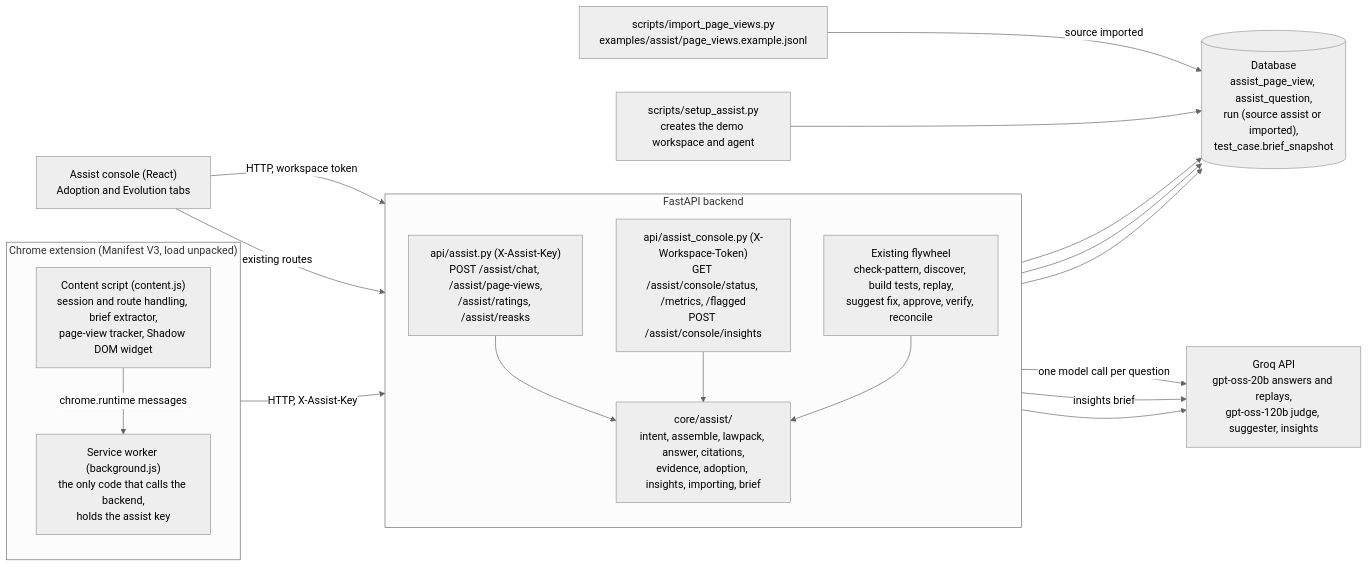
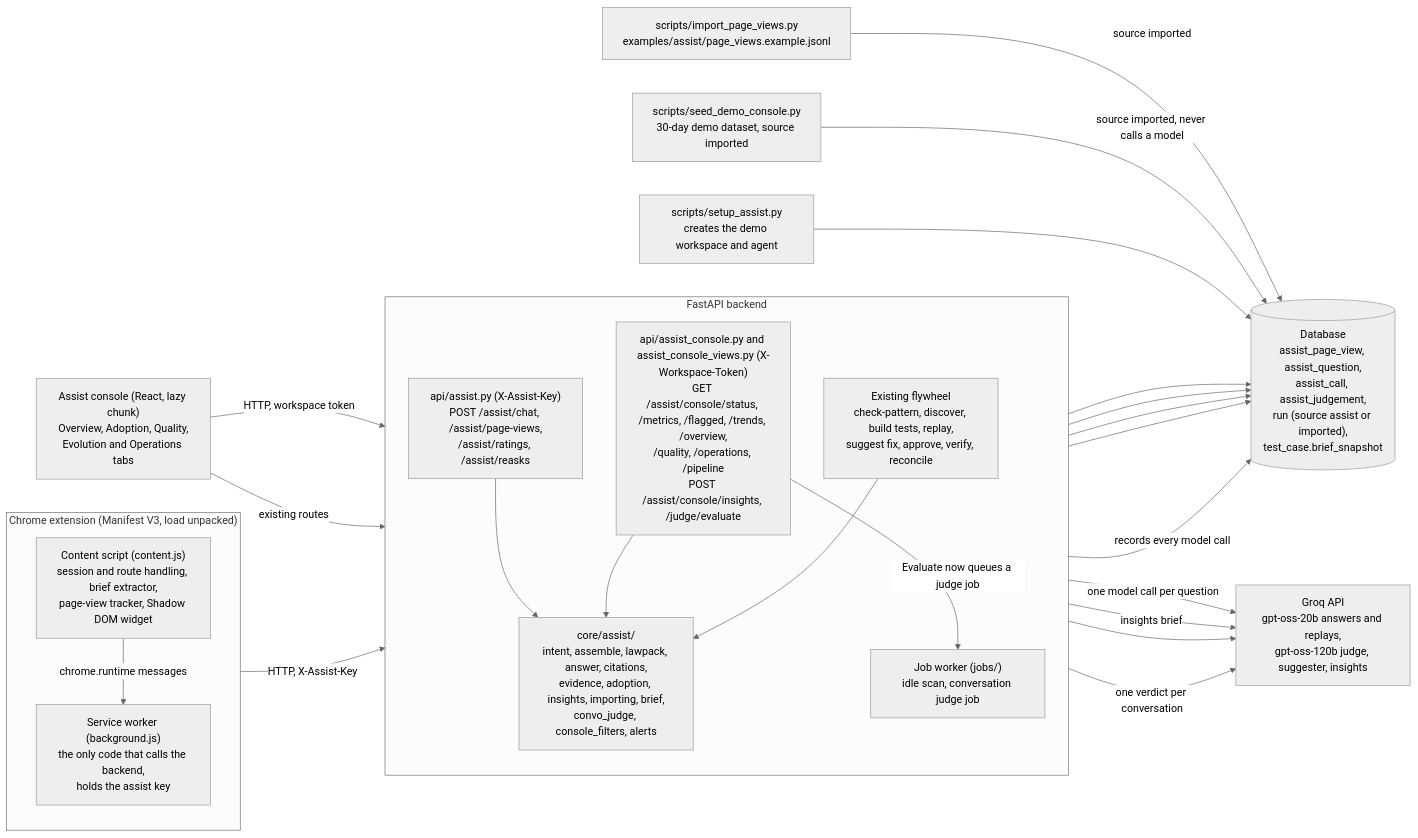
Diagram 11 of 12 in docs/ARCHITECTURE.md (harikrshm/Eval-Discovery), drawn with Mermaid (neutral theme) before and after one commit. The commit also changed other lines of this file and 3 other files, not shown here.

Commit message:
docs: console v2 architecture, checklist and demo script

````diff
--- a/docs/ARCHITECTURE.md
+++ b/docs/ARCHITECTURE.md
@@ -1100,38 +1102,45 @@
 ```mermaid
 flowchart LR
     subgraph Chrome["Chrome extension (Manifest V3, load unpacked)"]
         direction TB
         CS["Content script (content.js)<br/>session and route handling, brief extractor,<br/>page-view tracker, Shadow DOM widget"]
         SW["Service worker (background.js)<br/>the only code that calls the backend,<br/>holds the assist key"]
         CS -->|"chrome.runtime messages"| SW
     end
 
     subgraph Backend["FastAPI backend"]
         direction TB
         AssistApi["api/assist.py (X-Assist-Key)<br/>POST /assist/chat, /assist/page-views,<br/>/assist/ratings, /assist/reasks"]
-        ConsoleApi["api/assist_console.py (X-Workspace-Token)<br/>GET /assist/console/status, /metrics, /flagged<br/>POST /assist/console/insights"]
-        AssistCore["core/assist/<br/>intent, assemble, lawpack, answer, citations,<br/>evidence, adoption, insights, importing, brief"]
+        ConsoleApi["api/assist_console.py and assist_console_views.py (X-Workspace-Token)<br/>GET /assist/console/status, /metrics, /flagged, /trends, /overview,<br/>/quality, /operations, /pipeline<br/>POST /assist/console/insights, /judge/evaluate"]
+        Worker["Job worker (jobs/)<br/>idle scan, conversation judge job"]
+        AssistCore["core/assist/<br/>intent, assemble, lawpack, answer, citations,<br/>evidence, adoption, insights, importing, brief,<br/>convo_judge, console_filters, alerts"]
         Flywheel["Existing flywheel<br/>check-pattern, discover, build tests, replay,<br/>suggest fix, approve, verify, reconcile"]
     end
 
-    DB[("Database<br/>assist_page_view, assist_question,<br/>run (source assist or imported),<br/>test_case.brief_snapshot")]
+    DB[("Database<br/>assist_page_view, assist_question,<br/>assist_call, assist_judgement,<br/>run (source assist or imported),<br/>test_case.brief_snapshot")]
     Groq["Groq API<br/>gpt-oss-20b answers and replays,<br/>gpt-oss-120b judge, suggester, insights"]
-    ConsoleUi["Assist console (React)<br/>Adoption and Evolution tabs"]
+    ConsoleUi["Assist console (React, lazy chunk)<br/>Overview, Adoption, Quality,<br/>Evolution and Operations tabs"]
     Importer["scripts/import_page_views.py<br/>examples/assist/page_views.example.jsonl"]
+    Seeder["scripts/seed_demo_console.py<br/>30-day demo dataset, source imported"]
     Setup["scripts/setup_assist.py<br/>creates the demo workspace and agent"]
 
     SW -->|"HTTP, X-Assist-Key"| AssistApi
     AssistApi --> AssistCore
     AssistApi --> DB
     AssistApi -->|"one model call per question"| Groq
     ConsoleUi -->|"HTTP, workspace token"| ConsoleApi
     ConsoleApi --> AssistCore
     ConsoleApi --> DB
     ConsoleApi -->|"insights brief"| Groq
     ConsoleUi -->|"existing routes"| Flywheel
     Flywheel --> AssistCore
     Flywheel --> DB
     Flywheel --> Groq
+    Worker -->|"one verdict per conversation"| Groq
+    Worker --> DB
+    ConsoleApi -->|"Evaluate now queues a judge job"| Worker
+    AssistApi -->|"records every model call"| DB
     Importer -->|"source imported"| DB
+    Seeder -->|"source imported, never calls a model"| DB
     Setup --> DB
 ```
````
